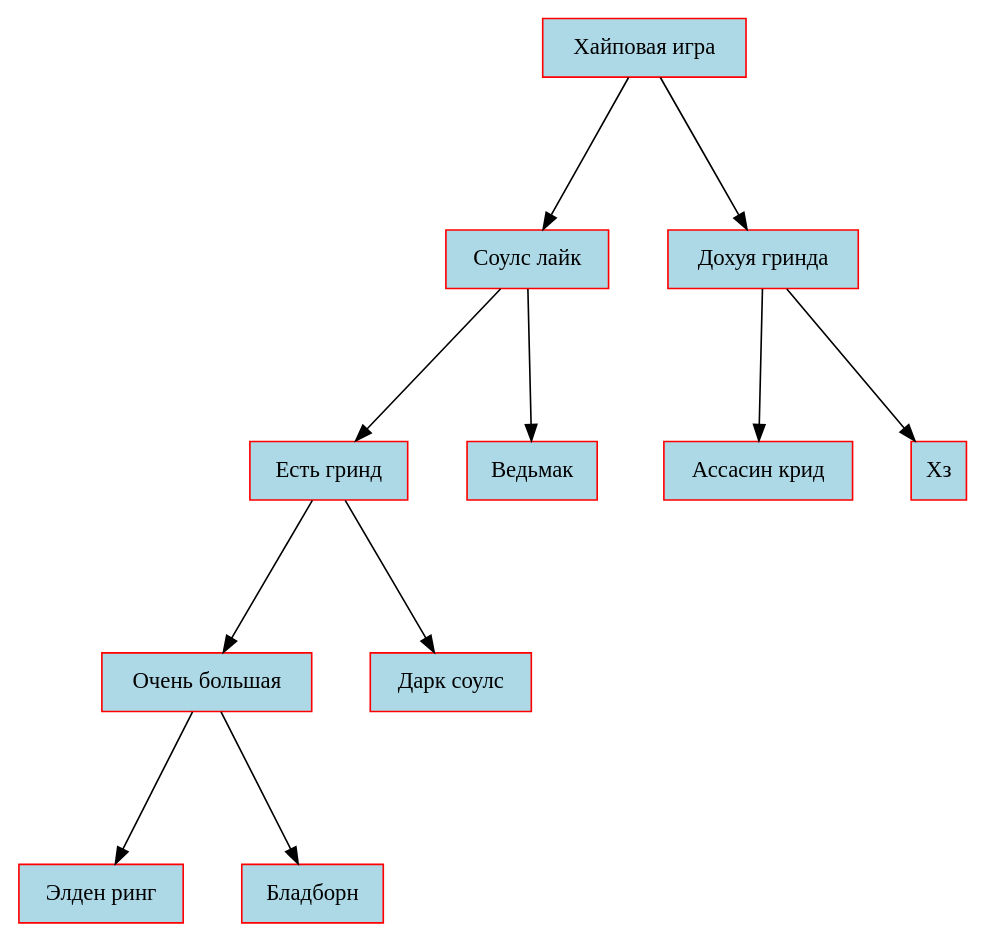
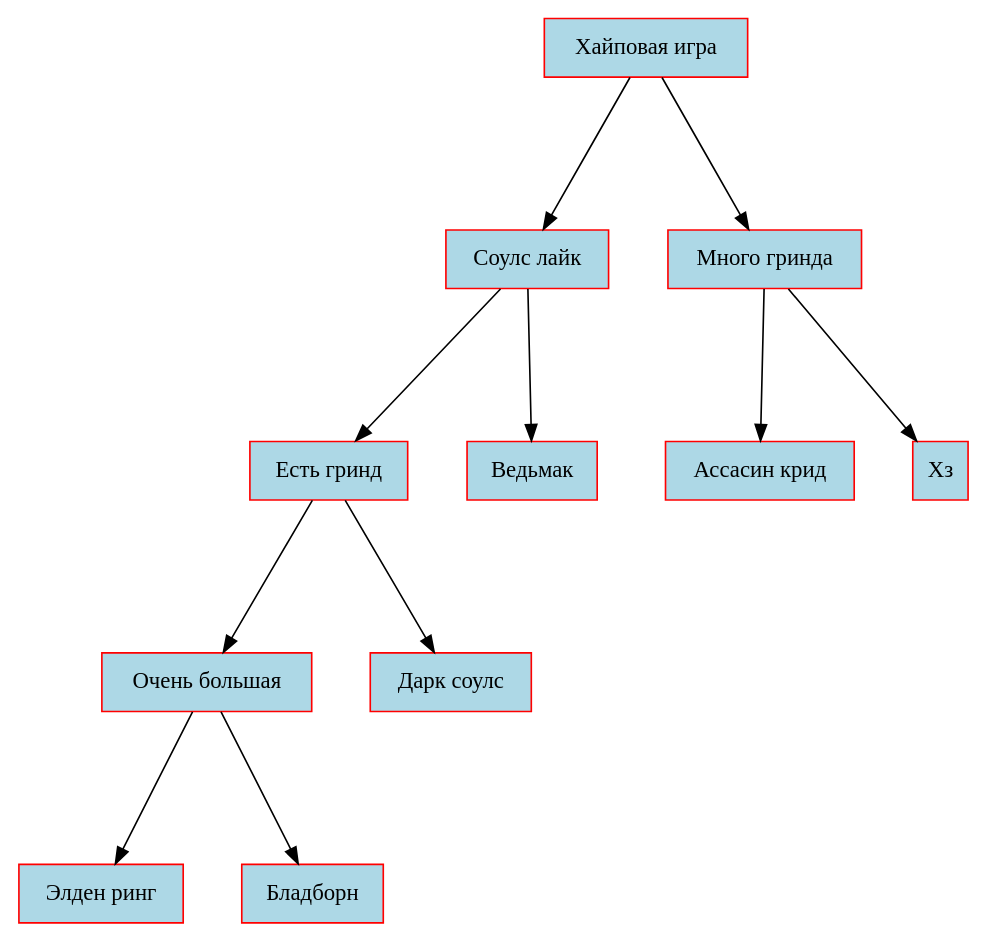
The diagram in dump.dot (vvit19/Akinator), drawn with Graphviz before and after one commit. The commit also changed 5 other files, not shown here.

```diff
--- a/dump.dot
+++ b/dump.dot
@@ -1,37 +1,37 @@
 
             digraph g {
             rankdir   =  TB;
             graph[ranksep = 1.3, nodesep = 0.5, style = "rounded, filled"]
-            Node0x5566366912a0[shape=rectangle, color="red", width=0.2, style="filled",fillcolor="lightblue", label="Хайповая игра"] 
+            Node0x56552ed09520[shape=rectangle, color="red", width=0.2, style="filled",fillcolor="lightblue", label="Хайповая игра"] 
  
-Node0x556636691700[shape=rectangle, color="red", width=0.2, style="filled",fillcolor="lightblue", label="Соулс лайк"] 
+Node0x56552ed0a690[shape=rectangle, color="red", width=0.2, style="filled",fillcolor="lightblue", label="Соулс лайк"] 
  
-Node0x556636691840[shape=rectangle, color="red", width=0.2, style="filled",fillcolor="lightblue", label="Есть гринд"] 
+Node0x56552ed0a7d0[shape=rectangle, color="red", width=0.2, style="filled",fillcolor="lightblue", label="Есть гринд"] 
  
-Node0x556636691980[shape=rectangle, color="red", width=0.2, style="filled",fillcolor="lightblue", label="Очень большая"] 
+Node0x56552ed0a910[shape=rectangle, color="red", width=0.2, style="filled",fillcolor="lightblue", label="Очень большая"] 
  
-Node0x556636691ac0[shape=rectangle, color="red", width=0.2, style="filled",fillcolor="lightblue", label="Элден ринг"] 
+Node0x56552ed0aa50[shape=rectangle, color="red", width=0.2, style="filled",fillcolor="lightblue", label="Элден ринг"] 
  
-Node0x556636691a20[shape=rectangle, color="red", width=0.2, style="filled",fillcolor="lightblue", label="Бладборн"] 
+Node0x56552ed0a9b0[shape=rectangle, color="red", width=0.2, style="filled",fillcolor="lightblue", label="Бладборн"] 
  
-Node0x5566366918e0[shape=rectangle, color="red", width=0.2, style="filled",fillcolor="lightblue", label="Дарк соулс"] 
+Node0x56552ed0a870[shape=rectangle, color="red", width=0.2, style="filled",fillcolor="lightblue", label="Дарк соулс"] 
  
-Node0x5566366917a0[shape=rectangle, color="red", width=0.2, style="filled",fillcolor="lightblue", label="Ведьмак"] 
+Node0x56552ed0a730[shape=rectangle, color="red", width=0.2, style="filled",fillcolor="lightblue", label="Ведьмак"] 
  
-Node0x556636691520[shape=rectangle, color="red", width=0.2, style="filled",fillcolor="lightblue", label="Дохуя гринда"] 
+Node0x56552ed0a4e0[shape=rectangle, color="red", width=0.2, style="filled",fillcolor="lightblue", label="Много гринда"] 
  
-Node0x556636691660[shape=rectangle, color="red", width=0.2, style="filled",fillcolor="lightblue", label="Ассасин крид"] 
+Node0x56552ed09550[shape=rectangle, color="red", width=0.2, style="filled",fillcolor="lightblue", label="Ассасин крид"] 
  
-Node0x5566366915c0[shape=rectangle, color="red", width=0.2, style="filled",fillcolor="lightblue", label="Хз"] 
+Node0x56552ed09660[shape=rectangle, color="red", width=0.2, style="filled",fillcolor="lightblue", label="Хз"] 
  
-Node0x5566366912a0->Node0x556636691700
-Node0x556636691700->Node0x556636691840
-Node0x556636691840->Node0x556636691980
-Node0x556636691980->Node0x556636691ac0
-Node0x556636691980->Node0x556636691a20
-Node0x556636691840->Node0x5566366918e0
-Node0x556636691700->Node0x5566366917a0
-Node0x5566366912a0->Node0x556636691520
-Node0x556636691520->Node0x556636691660
-Node0x556636691520->Node0x5566366915c0
+Node0x56552ed09520->Node0x56552ed0a690
+Node0x56552ed0a690->Node0x56552ed0a7d0
+Node0x56552ed0a7d0->Node0x56552ed0a910
+Node0x56552ed0a910->Node0x56552ed0aa50
+Node0x56552ed0a910->Node0x56552ed0a9b0
+Node0x56552ed0a7d0->Node0x56552ed0a870
+Node0x56552ed0a690->Node0x56552ed0a730
+Node0x56552ed09520->Node0x56552ed0a4e0
+Node0x56552ed0a4e0->Node0x56552ed09550
+Node0x56552ed0a4e0->Node0x56552ed09660
 }
```
